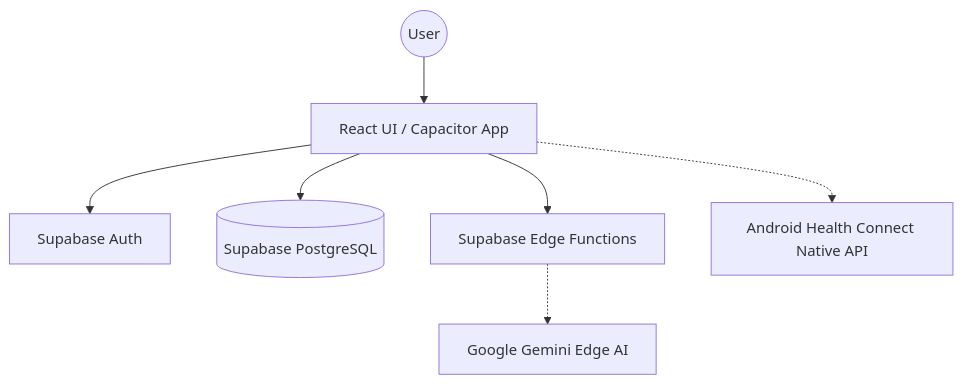
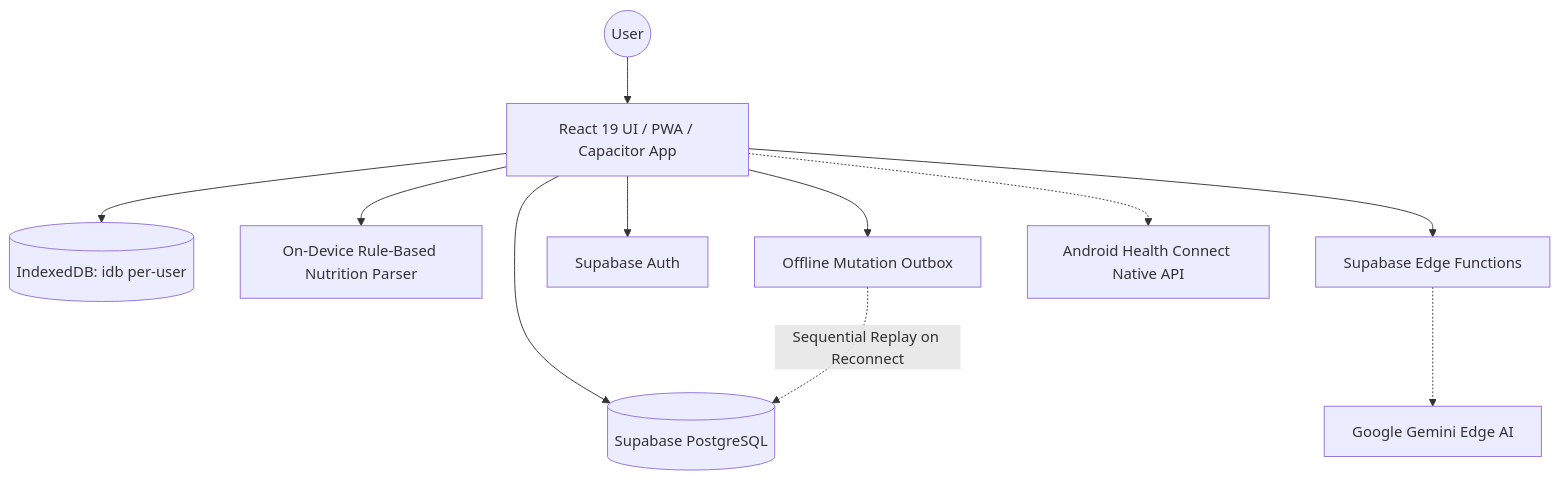
The diagram in docs/architecture.md (lilo123/yourbody-fyi), drawn with Mermaid before and after one commit. The commit also changed other lines of this file and 2 other files, not shown here.

Commit message:
docs(architecture): sync offline outbox, parser routing, server budgets and deploy pipeline

````diff
--- a/docs/architecture.md
+++ b/docs/architecture.md
@@ -5,9 +5,13 @@
 ```mermaid
 graph TD
-    User((User)) --> UI[React UI / Capacitor App]
+    User((User)) --> UI[React 19 UI / PWA / Capacitor App]
+    UI --> Storage[(IndexedDB: idb per-user)]
+    UI --> Parser[On-Device Rule-Based Nutrition Parser]
+    UI --> Outbox[Offline Mutation Outbox]
     UI --> Auth[Supabase Auth]
     UI --> DB[(Supabase PostgreSQL)]
     UI --> Functions[Supabase Edge Functions]
+    Outbox -.->|Sequential Replay on Reconnect| DB
     Functions -.-> LLM[Google Gemini Edge AI]
     UI -.-> HealthConnect[Android Health Connect Native API]
 ```
````
